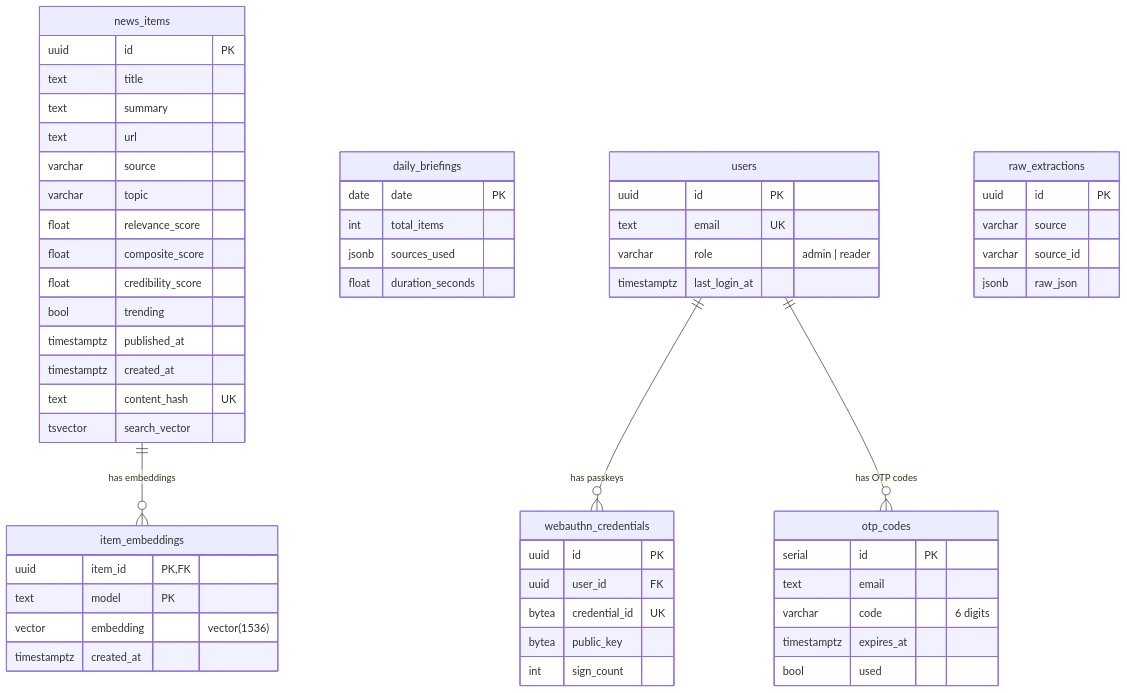
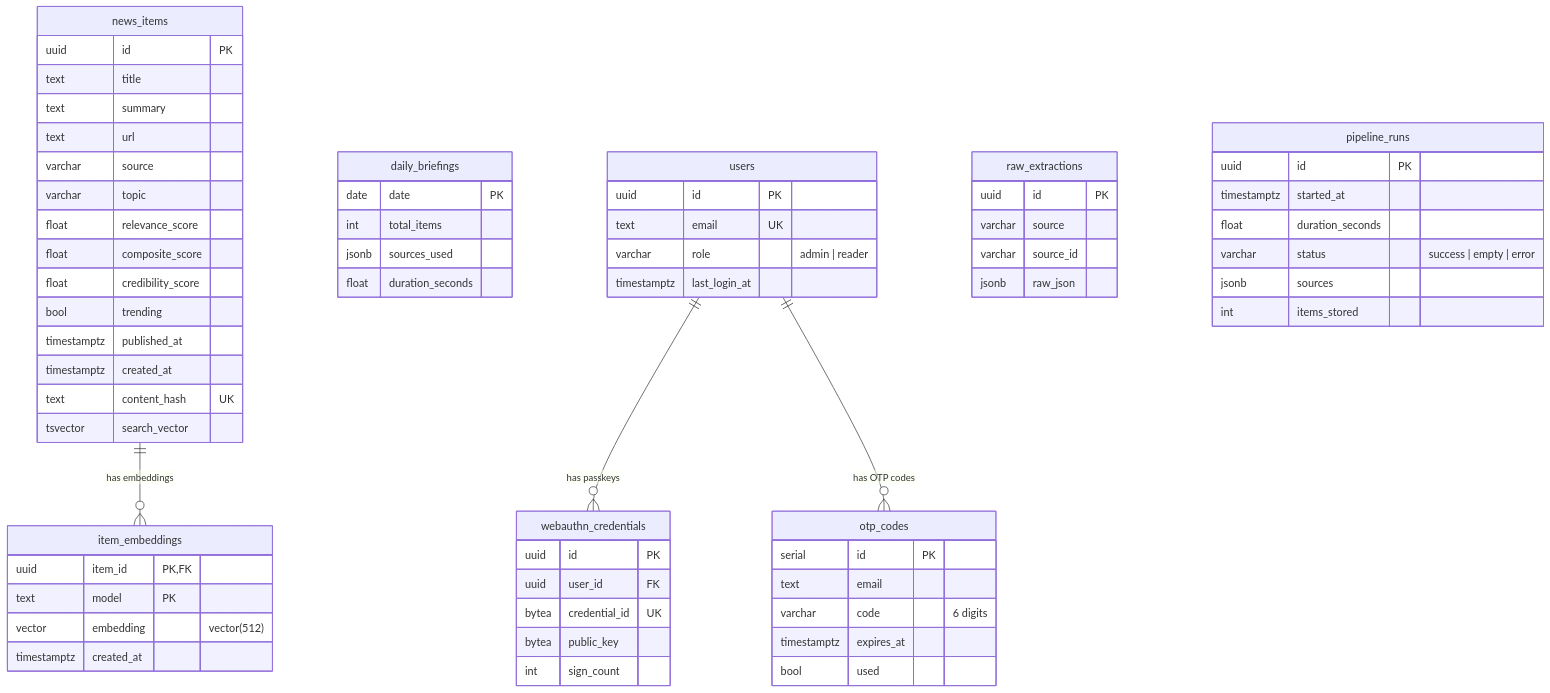
Before and after one commit to pguerrerolinares/ai-news-platform: the sixth of 8 diagrams in docs/architecture/overview.md, drawn with Mermaid. The commit also changed other lines of this file and 6 other files, not shown here.

````diff
--- a/docs/architecture/overview.md
+++ b/docs/architecture/overview.md
@@ -260,67 +260,76 @@
 ```mermaid
 erDiagram
     news_items {
         uuid id PK
         text title
         text summary
         text url
         varchar source
         varchar topic
         float relevance_score
         float composite_score
         float credibility_score
         bool trending
         timestamptz published_at
         timestamptz created_at
         text content_hash UK
         tsvector search_vector
     }
 
     item_embeddings {
         uuid item_id PK,FK
         text model PK
-        vector embedding "vector(1536)"
+        vector embedding "vector(512)"
         timestamptz created_at
     }
 
     daily_briefings {
         date date PK
         int total_items
         jsonb sources_used
         float duration_seconds
     }
 
     users {
         uuid id PK
         text email UK
         varchar role "admin | reader"
         timestamptz last_login_at
     }
 
     otp_codes {
         serial id PK
         text email
         varchar code "6 digits"
         timestamptz expires_at
         bool used
     }
 
     webauthn_credentials {
         uuid id PK
         uuid user_id FK
         bytea credential_id UK
         bytea public_key
         int sign_count
     }
 
     raw_extractions {
         uuid id PK
         varchar source
         varchar source_id
         jsonb raw_json
     }
 
+    pipeline_runs {
+        uuid id PK
+        timestamptz started_at
+        float duration_seconds
+        varchar status "success | empty | error"
+        jsonb sources
+        int items_stored
+    }
+
     news_items ||--o{ item_embeddings : "has embeddings"
     users ||--o{ webauthn_credentials : "has passkeys"
     users ||--o{ otp_codes : "has OTP codes"
 ```
````
